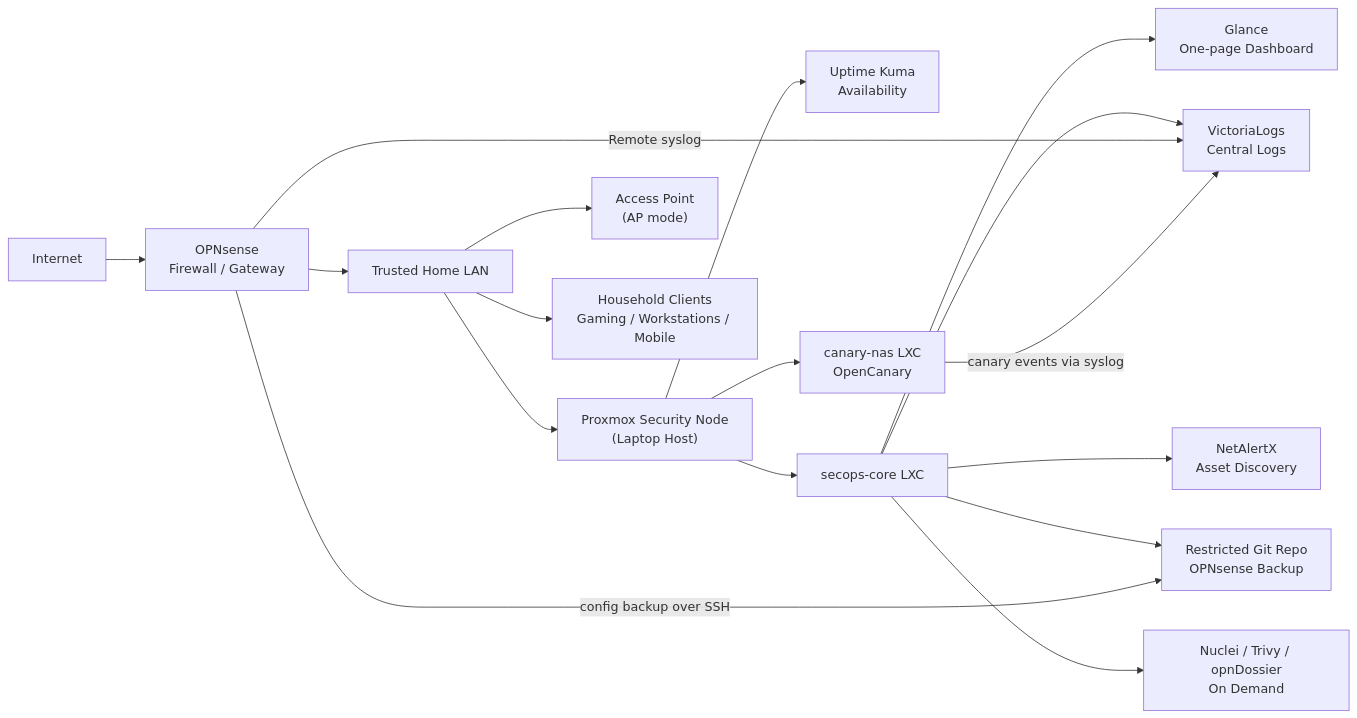
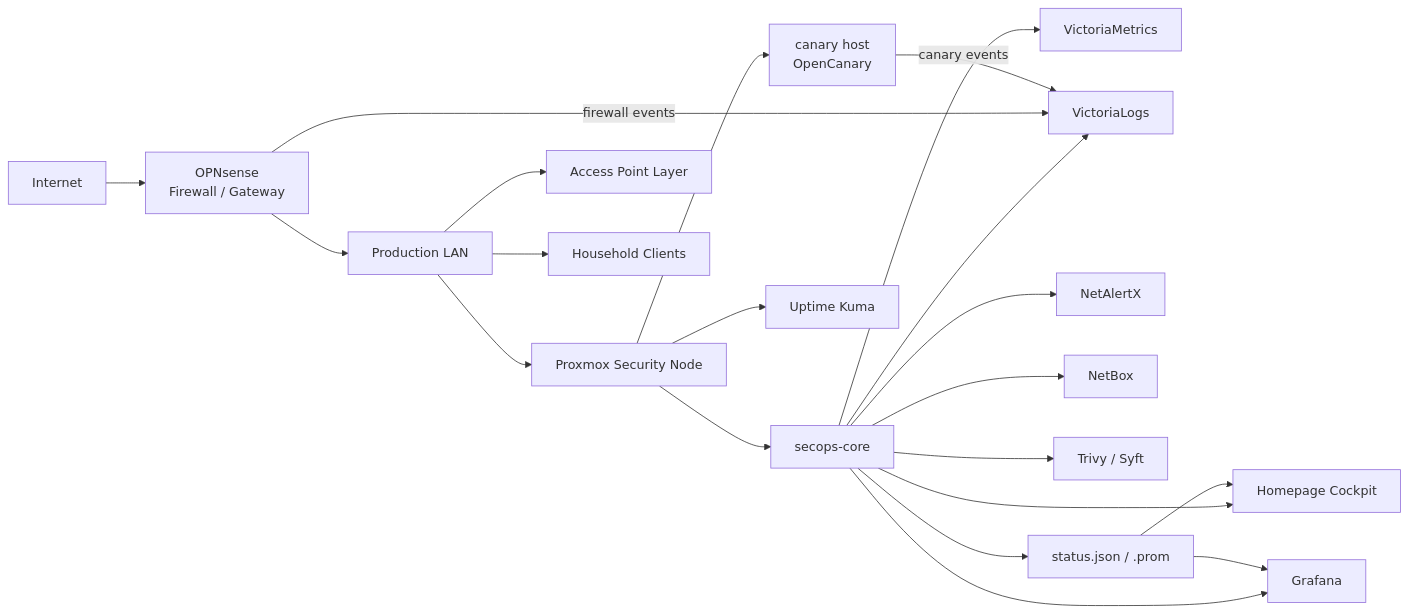
The diagram in docs/proxmox-security-control-plane.md (srkyn/home-network-security), drawn with Mermaid before and after one commit. The commit also changed other lines of this file and 13 other files, not shown here.

````diff
--- a/docs/proxmox-security-control-plane.md
+++ b/docs/proxmox-security-control-plane.md
@@ -34,22 +28,26 @@
 ```mermaid
 flowchart LR
     Internet["Internet"] --> OPN["OPNsense<br/>Firewall / Gateway"]
-    OPN --> LAN["Trusted Home LAN"]
-    LAN --> PVE["Proxmox Security Node<br/>(Laptop Host)"]
-    LAN --> AP["Access Point<br/>(AP mode)"]
-    LAN --> Clients["Household Clients<br/>Gaming / Workstations / Mobile"]
+    OPN --> LAN["Production LAN"]
+    LAN --> PVE["Proxmox Security Node"]
+    LAN --> AP["Access Point Layer"]
+    LAN --> Clients["Household Clients"]
 
-    PVE --> Kuma["Uptime Kuma<br/>Availability"]
-    PVE --> Core["secops-core LXC"]
-    PVE --> Canary["canary-nas LXC<br/>OpenCanary"]
+    PVE --> Core["secops-core"]
+    PVE --> Canary["canary host<br/>OpenCanary"]
+    PVE --> Kuma["Uptime Kuma"]
 
-    Core --> Dash["Glance<br/>One-page Dashboard"]
-    Core --> Logs["VictoriaLogs<br/>Central Logs"]
-    Core --> Discovery["NetAlertX<br/>Asset Discovery"]
-    Core --> Git["Restricted Git Repo<br/>OPNsense Backup"]
-    Core --> Runners["Nuclei / Trivy / opnDossier<br/>On Demand"]
+    Core --> Cockpit["Homepage Cockpit"]
+    Core --> Grafana["Grafana"]
+    Core --> Metrics["VictoriaMetrics"]
+    Core --> Logs["VictoriaLogs"]
+    Core --> Discovery["NetAlertX"]
+    Core --> NetBox["NetBox"]
+    Core --> Reports["Trivy / Syft"]
+    Core --> Status["status.json / .prom"]
 
-    OPN -- "Remote syslog" --> Logs
-    OPN -- "config backup over SSH" --> Git
-    Canary -- "canary events via syslog" --> Logs
+    OPN -- "firewall events" --> Logs
+    Canary -- "canary events" --> Logs
+    Status --> Cockpit
+    Status --> Grafana
 ```
````
